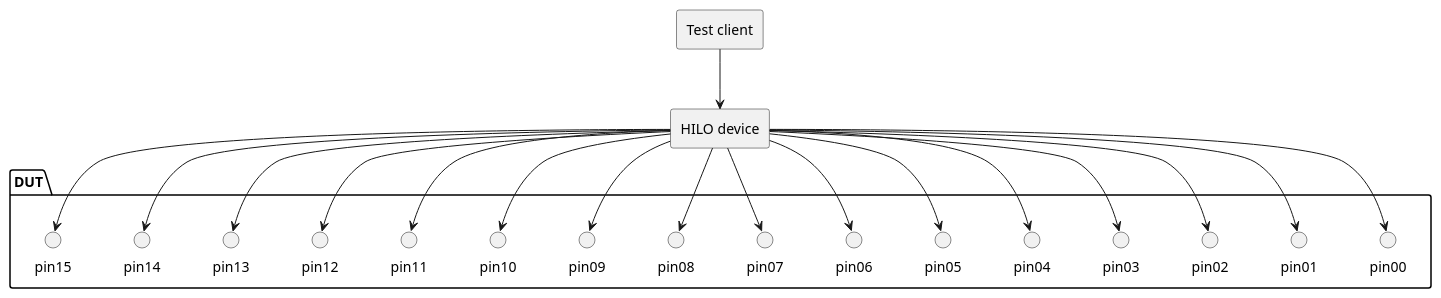
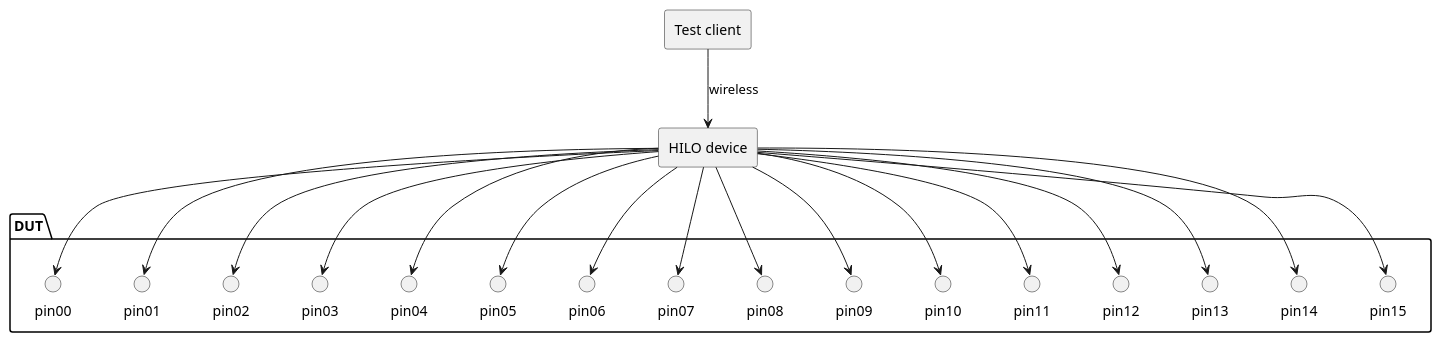
The diagram in images/overviewDiagram.puml (catinella/HILO), drawn with PlantUML before and after one commit.

Commit message:
Arrow's label added

```diff
--- a/images/overviewDiagram.puml
+++ b/images/overviewDiagram.puml
@@ -1,45 +1,46 @@
 @startuml
 
 top to bottom direction
 
 rectangle "Test client" as TCL
 
 rectangle "HILO device" as HILO
 
 package "DUT" as DUT {
 	circle "pin00" as DP00
 	circle "pin01" as DP01
 	circle "pin02" as DP02
 	circle "pin03" as DP03
 	circle "pin04" as DP04
 	circle "pin05" as DP05
 	circle "pin06" as DP06
 	circle "pin07" as DP07
 	circle "pin08" as DP08
 	circle "pin09" as DP09
 	circle "pin10" as DP10
 	circle "pin11" as DP11
 	circle "pin12" as DP12
 	circle "pin13" as DP13
 	circle "pin14" as DP14
 	circle "pin15" as DP15
 }
-TCL -down-> HILO
+
+TCL -down-> HILO: wireless
 HILO -down-> DP00
 HILO -down-> DP01
 HILO -down-> DP02
 HILO -down-> DP03
 HILO -down-> DP04
 HILO -down-> DP05
 HILO -down-> DP06
 HILO -down-> DP07
 HILO -down-> DP08
 HILO -down-> DP09
 HILO -down-> DP10
 HILO -down-> DP11
 HILO -down-> DP12
 HILO -down-> DP13
 HILO -down-> DP14
 HILO -down-> DP15
 
 @enduml
```
